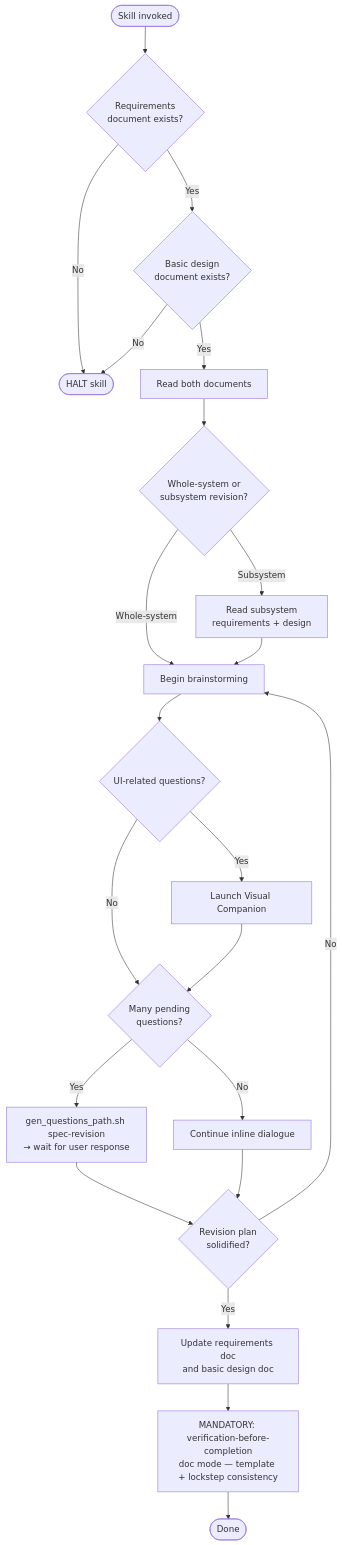
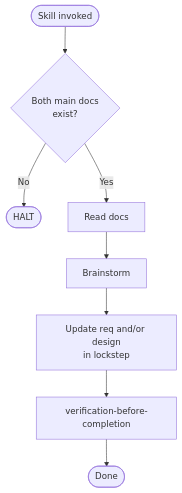
The diagram in .claude/skills/revising-spec/SKILL.md (wintermaples/spec-coexist), drawn with Mermaid before and after one commit. The commit also changed other lines of this file and 44 other files, not shown here.

````diff
--- a/.claude/skills/revising-spec/SKILL.md
+++ b/.claude/skills/revising-spec/SKILL.md
@@ -43,27 +49,10 @@
 ```mermaid
 flowchart TD
-    Start([Skill invoked]) --> Q1{Requirements<br/>document exists?}
-    Q1 -- No --> Stop([HALT skill])
-    Q1 -- Yes --> Q2{Basic design<br/>document exists?}
-    Q2 -- No --> Stop
-    Q2 -- Yes --> R[Read both documents]
-    R --> Q3{Whole-system or<br/>subsystem revision?}
-    Q3 -- Subsystem --> S1[Read subsystem<br/>requirements + design]
-    Q3 -- Whole-system --> BS
-    S1 --> BS
-    BS[Begin brainstorming]
-    BS --> VC{UI-related questions?}
-    VC -- Yes --> VCStart[Launch Visual Companion]
-    VC -- No --> QCount
-    VCStart --> QCount
-    QCount{Many pending<br/>questions?}
-    QCount -- Yes --> WriteQ[gen_questions_path.sh spec-revision<br/>→ wait for user response]
-    QCount -- No --> Continue[Continue inline dialogue]
-    WriteQ --> Clear
-    Continue --> Clear
-    Clear{Revision plan<br/>solidified?}
-    Clear -- No --> BS
-    Clear -- Yes --> Write[Update requirements doc<br/>and basic design doc]
-    Write --> Verify[MANDATORY: verification-before-completion<br/>doc mode — template + lockstep consistency]
+    Start([Skill invoked]) --> Q1{Both main docs<br/>exist?}
+    Q1 -- No --> Stop([HALT])
+    Q1 -- Yes --> R[Read docs]
+    R --> BS[Brainstorm]
+    BS --> Write[Update req and/or design<br/>in lockstep]
+    Write --> Verify[verification-before-completion]
     Verify --> End([Done])
 ```
````
